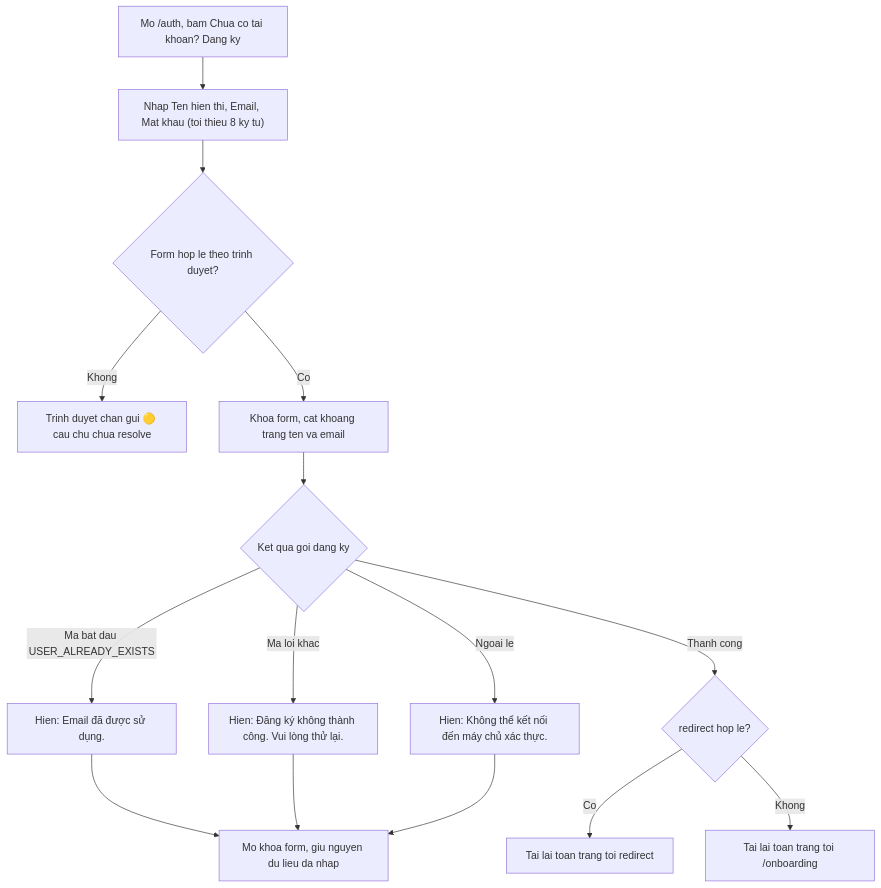
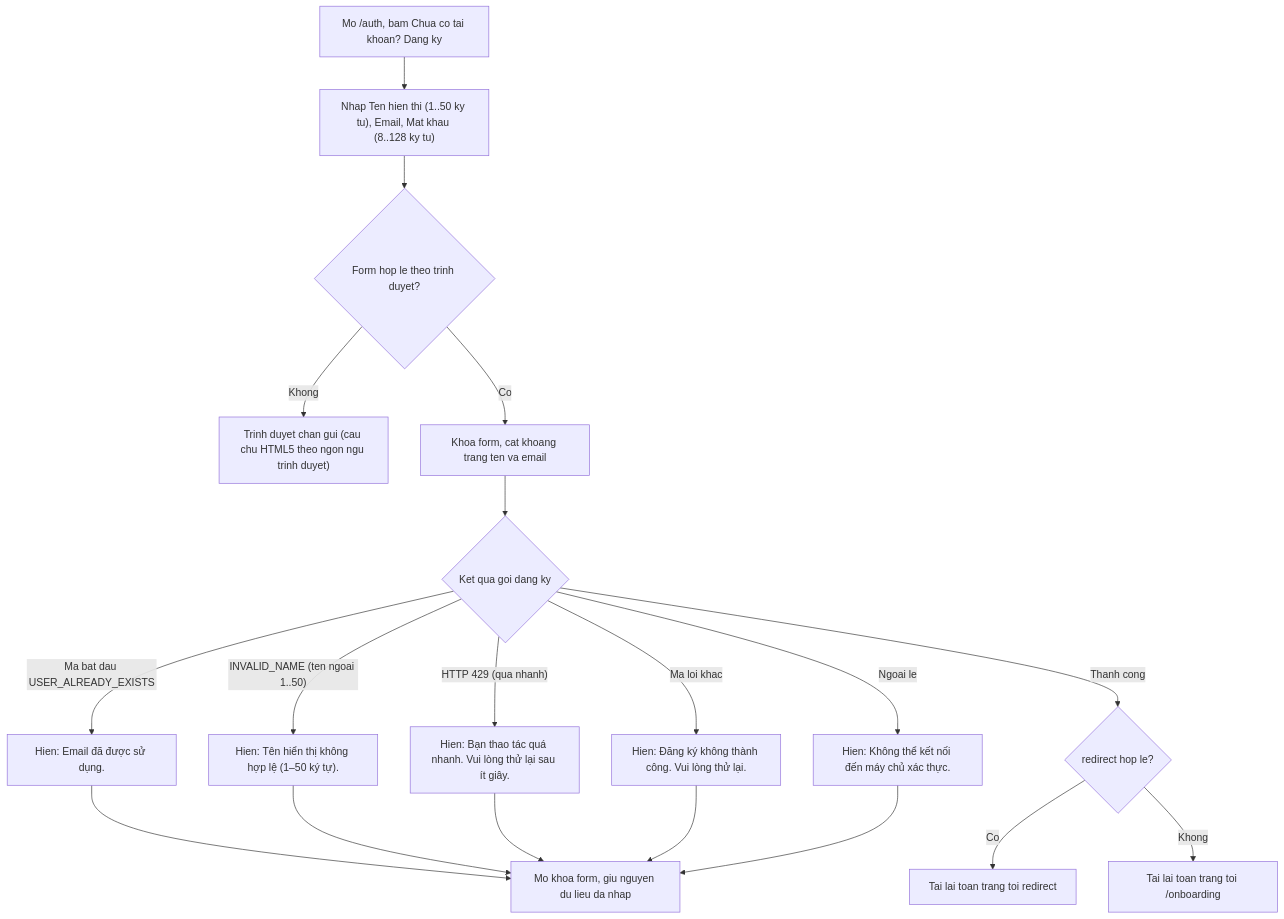
One commit to vinh19410/vox-flow changed the second of 14 diagrams in docs/_reverse/auth-account/srs/auth-account-reverse-flows.md. Above: the diagram before and after it, drawn with Mermaid. The commit also changed other lines of this file and 16 other files, not shown here.

````diff
--- a/docs/_reverse/auth-account/srs/auth-account-reverse-flows.md
+++ b/docs/_reverse/auth-account/srs/auth-account-reverse-flows.md
@@ -46,17 +52,21 @@
 ```mermaid
 flowchart TD
-    A["Mo /auth, bam Chua co tai khoan? Dang ky"] --> B["Nhap Ten hien thi, Email, Mat khau (toi thieu 8 ky tu)"]
+    A["Mo /auth, bam Chua co tai khoan? Dang ky"] --> B["Nhap Ten hien thi (1..50 ky tu), Email, Mat khau (8..128 ky tu)"]
     B --> C{"Form hop le theo trinh duyet?"}
-    C -->|Khong| C1["Trinh duyet chan gui 🟡 cau chu chua resolve"]
+    C -->|Khong| C1["Trinh duyet chan gui (cau chu HTML5 theo ngon ngu trinh duyet)"]
     C -->|Co| D["Khoa form, cat khoang trang ten va email"]
     D --> E{"Ket qua goi dang ky"}
     E -->|"Ma bat dau USER_ALREADY_EXISTS"| E1["Hien: Email đã được sử dụng."]
+    E -->|"INVALID_NAME (ten ngoai 1..50)"| E1b["Hien: Tên hiển thị không hợp lệ (1–50 ký tự)."]
+    E -->|"HTTP 429 (qua nhanh)"| E1c["Hien: Bạn thao tác quá nhanh. Vui lòng thử lại sau ít giây."]
     E -->|"Ma loi khac"| E2["Hien: Đăng ký không thành công. Vui lòng thử lại."]
     E -->|"Ngoai le"| E3["Hien: Không thể kết nối đến máy chủ xác thực."]
     E -->|"Thanh cong"| F{"redirect hop le?"}
     F -->|Co| F1["Tai lai toan trang toi redirect"]
     F -->|Khong| F2["Tai lai toan trang toi /onboarding"]
     E1 --> G["Mo khoa form, giu nguyen du lieu da nhap"]
+    E1b --> G
+    E1c --> G
     E2 --> G
     E3 --> G
 ```
````
